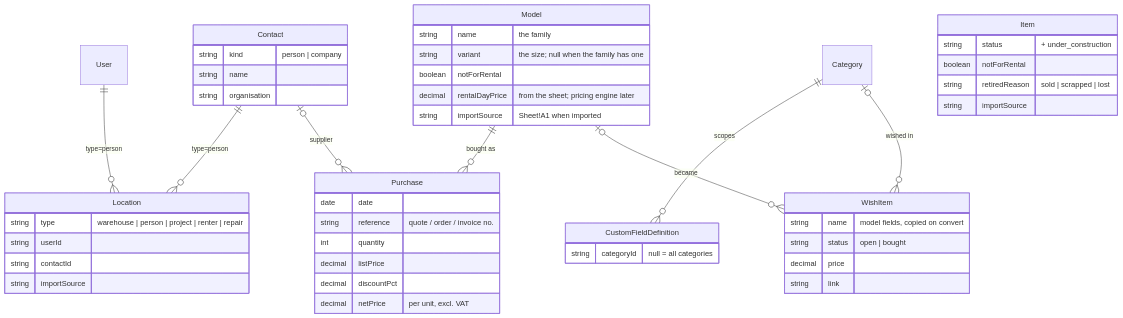
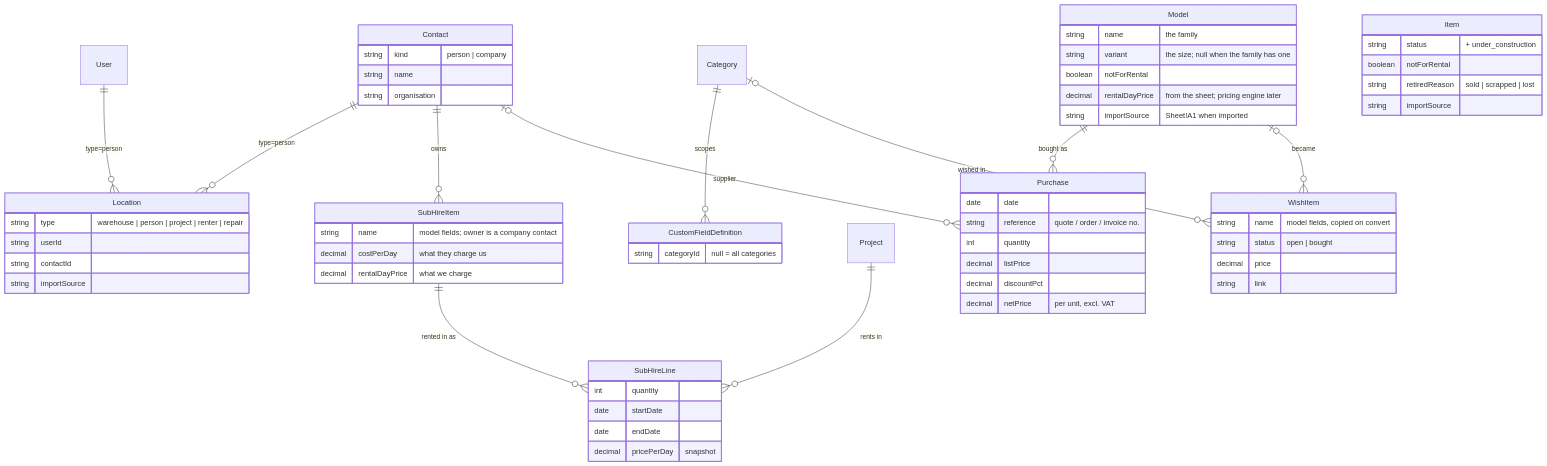
One commit to vertigojeppe/vertigo-gear-management changed the third of 6 diagrams in docs/ARCHITECTURE.md. Above: the diagram before and after it, drawn with Mermaid. The commit also changed other lines of this file and 39 other files, not shown here.

First line of the commit message:
Sub-hire catalog: gear partners own, rented in on projects, on the quote and packing list

````diff
--- a/docs/ARCHITECTURE.md
+++ b/docs/ARCHITECTURE.md
@@ -131,52 +132,66 @@
 ```mermaid
 erDiagram
   Contact ||--o{ Location : "type=person"
   User ||--o{ Location : "type=person"
   Category ||--o{ CustomFieldDefinition : "scopes"
+  Contact ||--o{ SubHireItem : "owns"
+  SubHireItem ||--o{ SubHireLine : "rented in as"
+  Project ||--o{ SubHireLine : "rents in"
   Model ||--o{ Purchase : "bought as"
   Contact |o--o{ Purchase : "supplier"
   Category |o--o{ WishItem : "wished in"
   Model |o--o{ WishItem : "became"
 
   Contact {
     string kind "person | company"
     string name
     string organisation
+  }
+  SubHireItem {
+    string name "model fields; owner is a company contact"
+    decimal costPerDay "what they charge us"
+    decimal rentalDayPrice "what we charge"
+  }
+  SubHireLine {
+    int quantity
+    date startDate
+    date endDate
+    decimal pricePerDay "snapshot"
   }
   Purchase {
     date date
     string reference "quote / order / invoice no."
     int quantity
     decimal listPrice
     decimal discountPct
     decimal netPrice "per unit, excl. VAT"
   }
   WishItem {
     string name "model fields, copied on convert"
     string status "open | bought"
     decimal price
     string link
   }
   Model {
     string name "the family"
     string variant "the size; null when the family has one"
     boolean notForRental
     decimal rentalDayPrice "from the sheet; pricing engine later"
     string importSource "Sheet!A1 when imported"
   }
   Item {
     string status "+ under_construction"
     boolean notForRental
     string retiredReason "sold | scrapped | lost"
     string importSource
   }
   Location {
     string type "warehouse | person | project | renter | repair"
     string userId
     string contactId
     string importSource
   }
   CustomFieldDefinition {
     string categoryId "null = all categories"
   }
 ```
````
